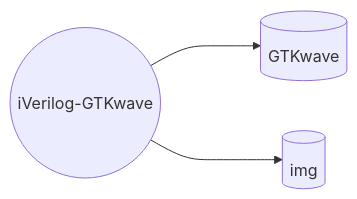
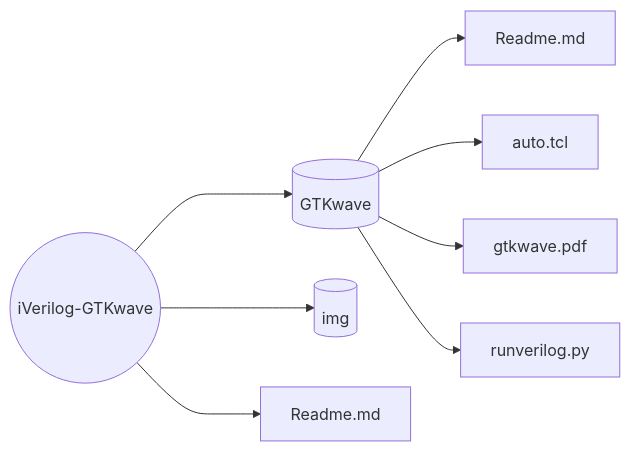
Before and after one commit to Wilhelmine21/Wilhelmine21: the sixth of 10 diagrams in README.md, drawn with Mermaid. The commit also changed other lines of this file, not shown here.

````diff
--- a/README.md
+++ b/README.md
@@ -66,5 +78,11 @@
 ```mermaid
 graph LR;
 iVerilog-GTKwave((iVerilog-GTKwave)) ---> GTKwave[(GTKwave)]
-iVerilog-GTKwave((iVerilog-GTKwave)) ---> img[(img)]
+iVerilog-GTKwave ---> img[(img)]
+iVerilog-GTKwave ---> Readme_iverilog[Readme.md]
+
+GTKwave --> Readme_GTKwave[Readme.md]
+GTKwave --> auto.tcl
+GTKwave --> gtkwave.pdf
+GTKwave --> runverilog.py
 ```
````
